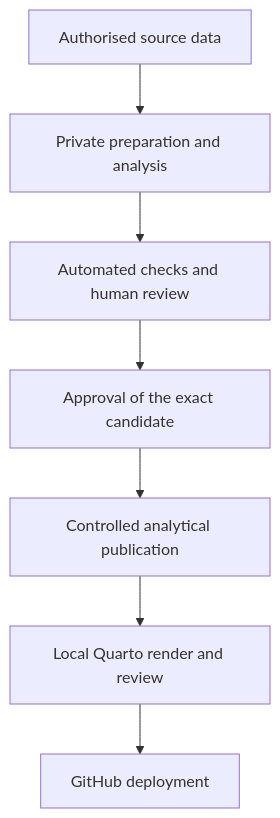
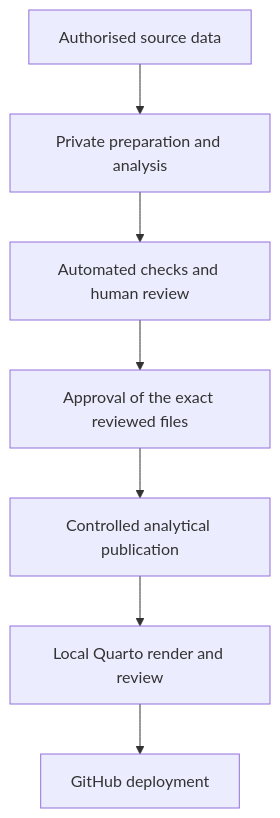
The diagram in site/technical/workflows/overview.qmd (UWI-BNR/info-hub), drawn with Mermaid before and after one commit. The commit also changed other lines of this file and 10 other files, not shown here.

````diff
--- a/site/technical/workflows/overview.qmd
+++ b/site/technical/workflows/overview.qmd
@@ -17,9 +17,9 @@
 ```{mermaid}
 flowchart TB
     A["Authorised source data"] --> B["Private preparation and analysis"]
     B --> C["Automated checks and human review"]
-    C --> D["Approval of the exact candidate"]
+    C --> D["Approval of the exact reviewed files"]
     D --> E["Controlled analytical publication"]
     E --> F["Local Quarto render and review"]
     F --> G["GitHub deployment"]
 ```
````
